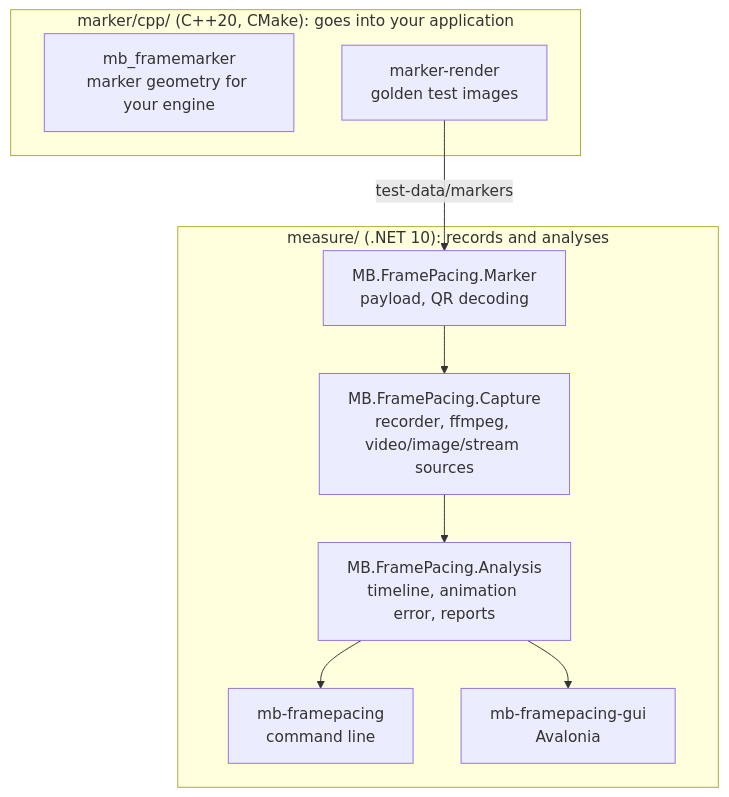
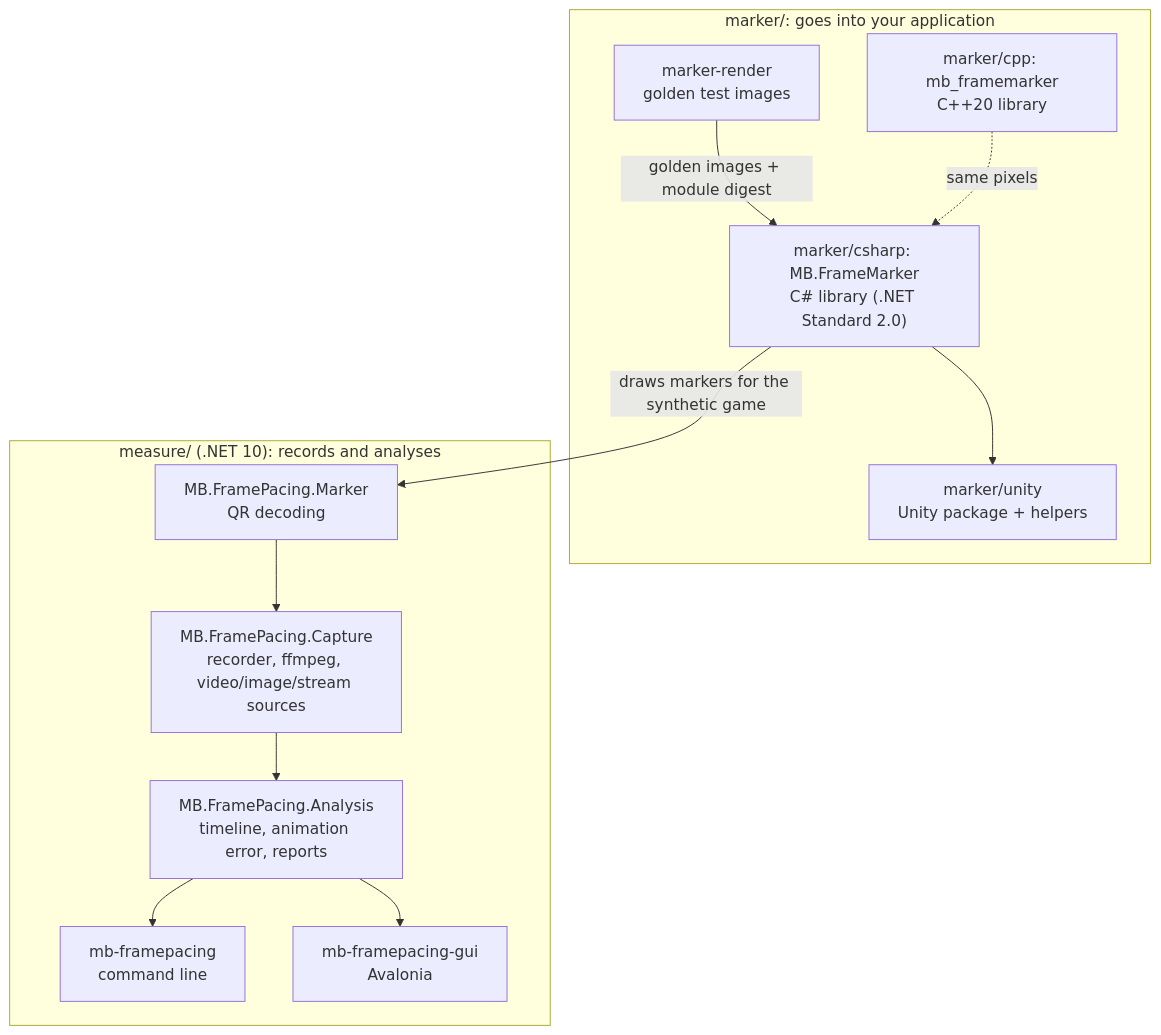
One commit to Unarmed1000/mb-framepacing changed the fourth of 4 diagrams in README.md. Above: the diagram before and after it, drawn with Mermaid. The commit also changed other lines of this file and 4 other files, not shown here.

````diff
--- a/README.md
+++ b/README.md
@@ -291,17 +301,22 @@
 ```mermaid
 flowchart TB
-    subgraph cpp["marker/cpp/ (C++20, CMake): goes into your application"]
-        L["mb_framemarker<br/>marker geometry for your engine"]
+    subgraph marker["marker/: goes into your application"]
+        L["marker/cpp: mb_framemarker<br/>C++20 library"]
         R["marker-render<br/>golden test images"]
+        CS["marker/csharp: MB.FrameMarker<br/>C# library (.NET Standard 2.0)"]
+        U["marker/unity<br/>Unity package + helpers"]
     end
     subgraph dotnet["measure/ (.NET 10): records and analyses"]
-        M["MB.FramePacing.Marker<br/>payload, QR decoding"]
+        M["MB.FramePacing.Marker<br/>QR decoding"]
         CAP["MB.FramePacing.Capture<br/>recorder, ffmpeg, video/image/stream sources"]
         AN["MB.FramePacing.Analysis<br/>timeline, animation error, reports"]
         CLI["mb-framepacing<br/>command line"]
         GUI["mb-framepacing-gui<br/>Avalonia"]
     end
-    R -- "test-data/markers" --> M
+    R -- "golden images + module digest" --> CS
+    L -.->|same pixels| CS
+    CS --> U
+    CS -- "draws markers for the synthetic game" --> M
     M --> CAP --> AN --> CLI
     AN --> GUI
 ```
````
